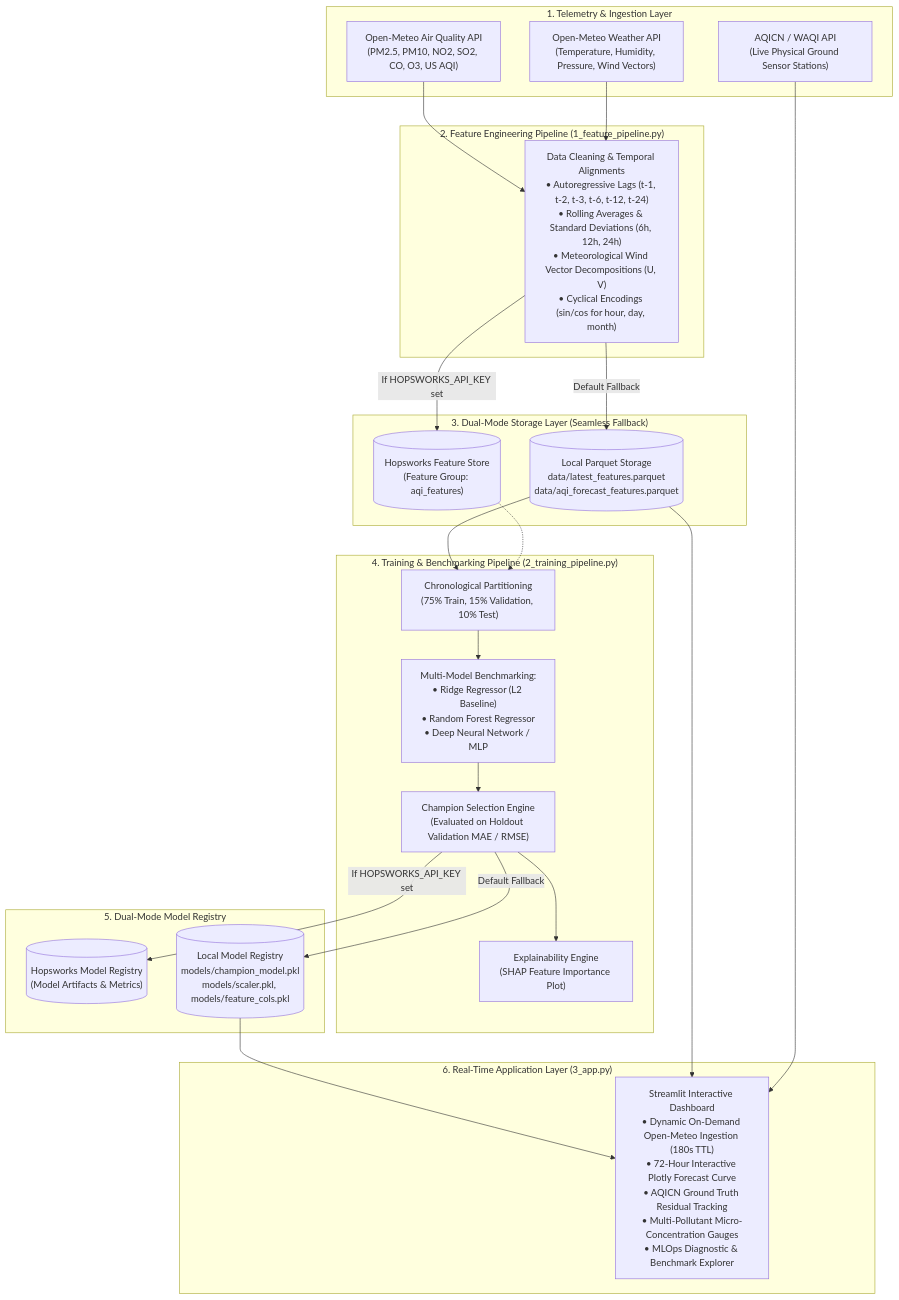
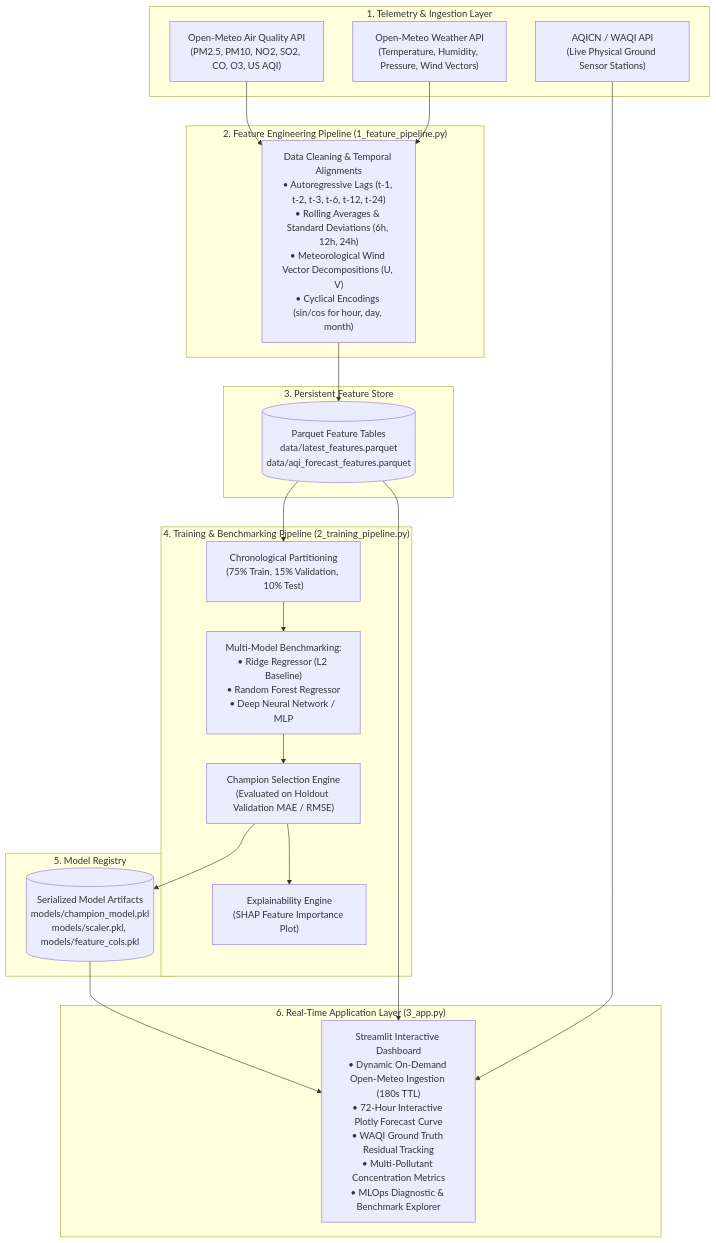
Before and after one commit to Ahmadthealdo/Pearls-AQI-Predictor: the diagram in README.md, drawn with Mermaid. The commit also changed other lines of this file, not shown here.

````diff
--- a/README.md
+++ b/README.md
@@ -32,49 +29,43 @@
 ```mermaid
 graph TD
     subgraph "1. Telemetry & Ingestion Layer"
         OM1["Open-Meteo Air Quality API<br/>(PM2.5, PM10, NO2, SO2, CO, O3, US AQI)"]
         OM2["Open-Meteo Weather API<br/>(Temperature, Humidity, Pressure, Wind Vectors)"]
         AQICN["AQICN / WAQI API<br/>(Live Physical Ground Sensor Stations)"]
     end
 
     subgraph "2. Feature Engineering Pipeline (1_feature_pipeline.py)"
         FE["Data Cleaning & Temporal Alignments<br/>• Autoregressive Lags (t-1, t-2, t-3, t-6, t-12, t-24)<br/>• Rolling Averages & Standard Deviations (6h, 12h, 24h)<br/>• Meteorological Wind Vector Decompositions (U, V)<br/>• Cyclical Encodings (sin/cos for hour, day, month)"]
     end
 
-    subgraph "3. Dual-Mode Storage Layer (Seamless Fallback)"
-        HW_FS[("Hopsworks Feature Store<br/>(Feature Group: aqi_features)")]
-        LOC_FS[("Local Parquet Storage<br/>data/latest_features.parquet<br/>data/aqi_forecast_features.parquet")]
+    subgraph "3. Persistent Feature Store"
+        LOC_FS[("Parquet Feature Tables<br/>data/latest_features.parquet<br/>data/aqi_forecast_features.parquet")]
     end
 
     subgraph "4. Training & Benchmarking Pipeline (2_training_pipeline.py)"
         SPLIT["Chronological Partitioning<br/>(75% Train, 15% Validation, 10% Test)"]
         MODELS["Multi-Model Benchmarking:<br/>• Ridge Regressor (L2 Baseline)<br/>• Random Forest Regressor<br/>• Deep Neural Network / MLP"]
         CHAMP["Champion Selection Engine<br/>(Evaluated on Holdout Validation MAE / RMSE)"]
         SHAP_EXP["Explainability Engine<br/>(SHAP Feature Importance Plot)"]
     end
 
-    subgraph "5. Dual-Mode Model Registry"
-        HW_MR[("Hopsworks Model Registry<br/>(Model Artifacts & Metrics)")]
-        LOC_MR[("Local Model Registry<br/>models/champion_model.pkl<br/>models/scaler.pkl, models/feature_cols.pkl")]
+    subgraph "5. Model Registry"
+        LOC_MR[("Serialized Model Artifacts<br/>models/champion_model.pkl<br/>models/scaler.pkl, models/feature_cols.pkl")]
     end
 
     subgraph "6. Real-Time Application Layer (3_app.py)"
-        DASH["Streamlit Interactive Dashboard<br/>• Dynamic On-Demand Open-Meteo Ingestion (180s TTL)<br/>• 72-Hour Interactive Plotly Forecast Curve<br/>• AQICN Ground Truth Residual Tracking<br/>• Multi-Pollutant Micro-Concentration Gauges<br/>• MLOps Diagnostic & Benchmark Explorer"]
+        DASH["Streamlit Interactive Dashboard<br/>• Dynamic On-Demand Open-Meteo Ingestion (180s TTL)<br/>• 72-Hour Interactive Plotly Forecast Curve<br/>• WAQI Ground Truth Residual Tracking<br/>• Multi-Pollutant Concentration Metrics<br/>• MLOps Diagnostic & Benchmark Explorer"]
     end
 
     OM1 --> FE
     OM2 --> FE
-    FE -->|If HOPSWORKS_API_KEY set| HW_FS
-    FE -->|Default Fallback| LOC_FS
-
+    FE --> LOC_FS
     LOC_FS --> SPLIT
-    HW_FS -.-> SPLIT
     SPLIT --> MODELS --> CHAMP
     CHAMP --> SHAP_EXP
-    CHAMP -->|If HOPSWORKS_API_KEY set| HW_MR
-    CHAMP -->|Default Fallback| LOC_MR
+    CHAMP --> LOC_MR
 
     LOC_MR --> DASH
     LOC_FS --> DASH
     AQICN --> DASH
 ```
````
